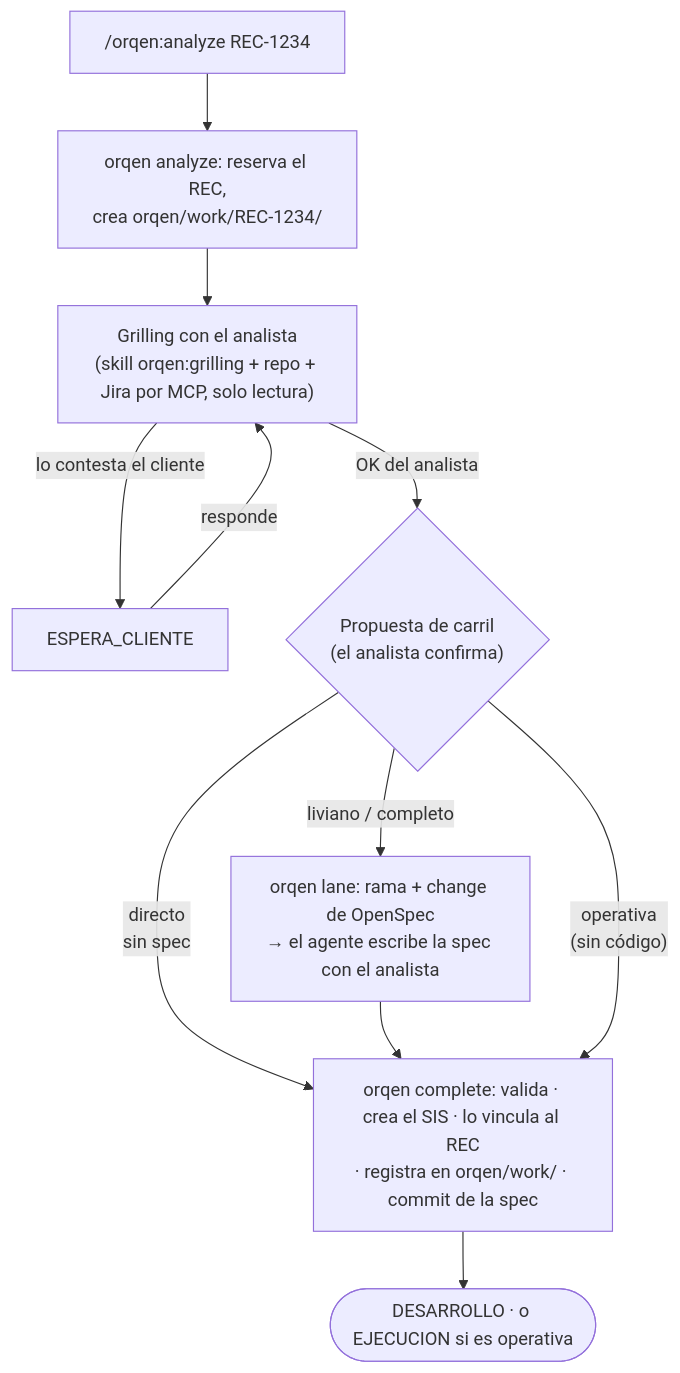
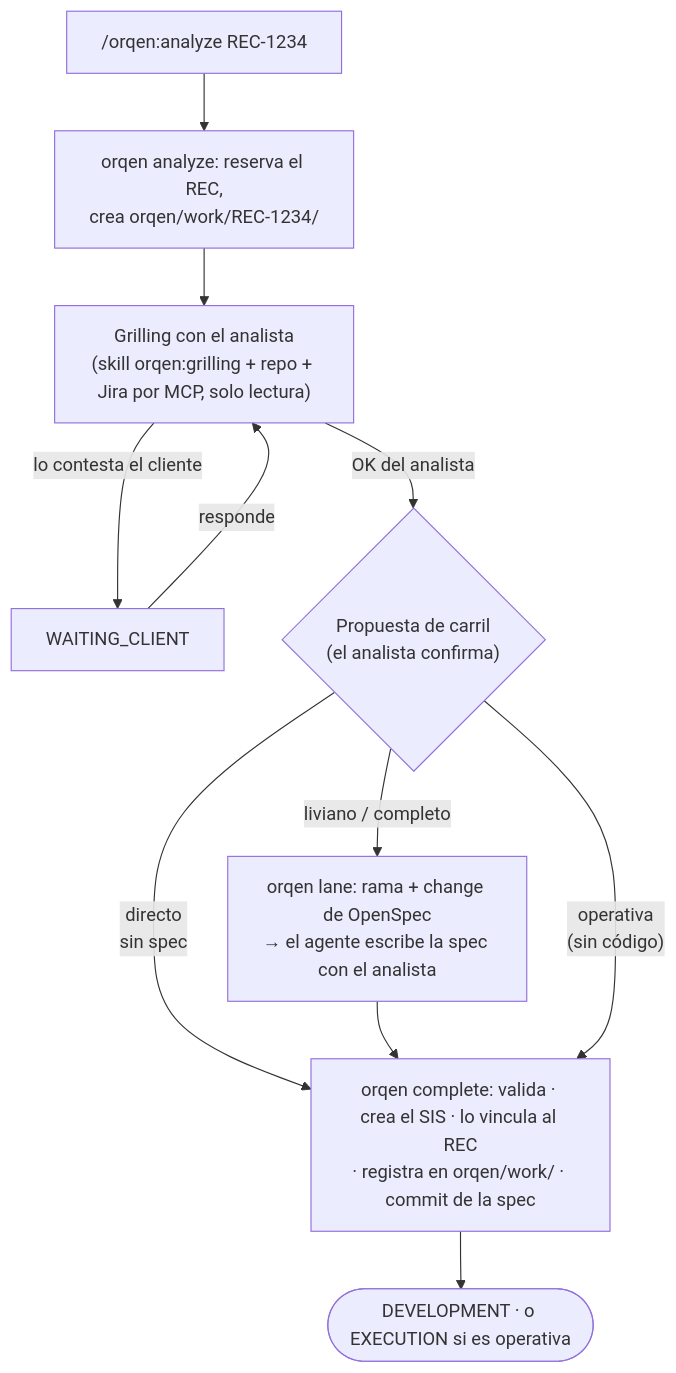
Before and after one commit to sistemas-telpin/orqen: the first of 3 diagrams in README.md, drawn with Mermaid. The commit also changed other lines of this file and 41 other files, not shown here.

````diff
--- a/README.md
+++ b/README.md
@@ -22,11 +22,11 @@
 ```mermaid
 flowchart TD
     A["/orqen:analyze REC-1234"] --> B["orqen analyze: reserva el REC,<br/>crea orqen/work/REC-1234/"]
     B --> C["Grilling con el analista<br/>(skill orqen:grilling + repo + Jira por MCP, solo lectura)"]
-    C -->|"lo contesta el cliente"| W["ESPERA_CLIENTE"] -->|"responde"| C
+    C -->|"lo contesta el cliente"| W["WAITING_CLIENT"] -->|"responde"| C
     C -->|"OK del analista"| D{"Propuesta de carril<br/>(el analista confirma)"}
     D -->|"directo<br/>sin spec"| G
     D -->|"liviano / completo"| E["orqen lane: rama + change de OpenSpec<br/>→ el agente escribe la spec con el analista"] --> G
     D -->|"operativa<br/>(sin código)"| G
-    G["orqen complete: valida · crea el SIS · lo vincula al REC<br/>· registra en orqen/work/ · commit de la spec"] --> H(["DESARROLLO · o EJECUCION si es operativa"])
+    G["orqen complete: valida · crea el SIS · lo vincula al REC<br/>· registra en orqen/work/ · commit de la spec"] --> H(["DEVELOPMENT · o EXECUTION si es operativa"])
 ```
````
